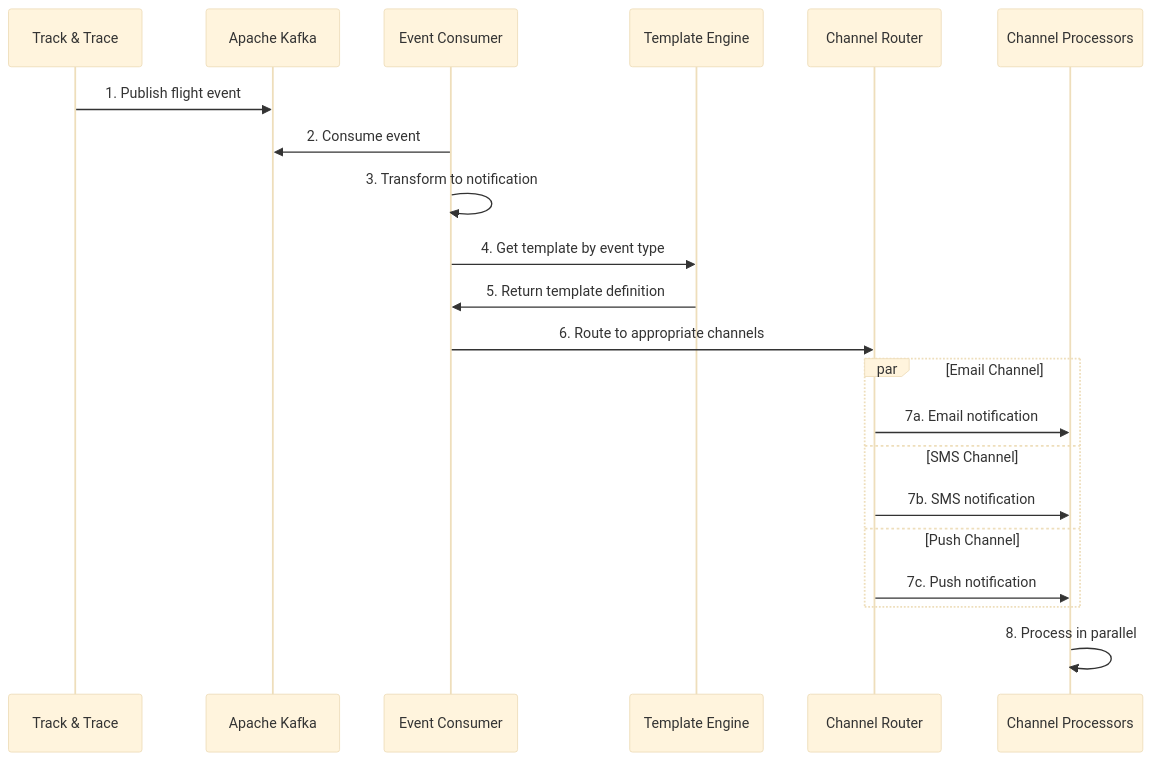
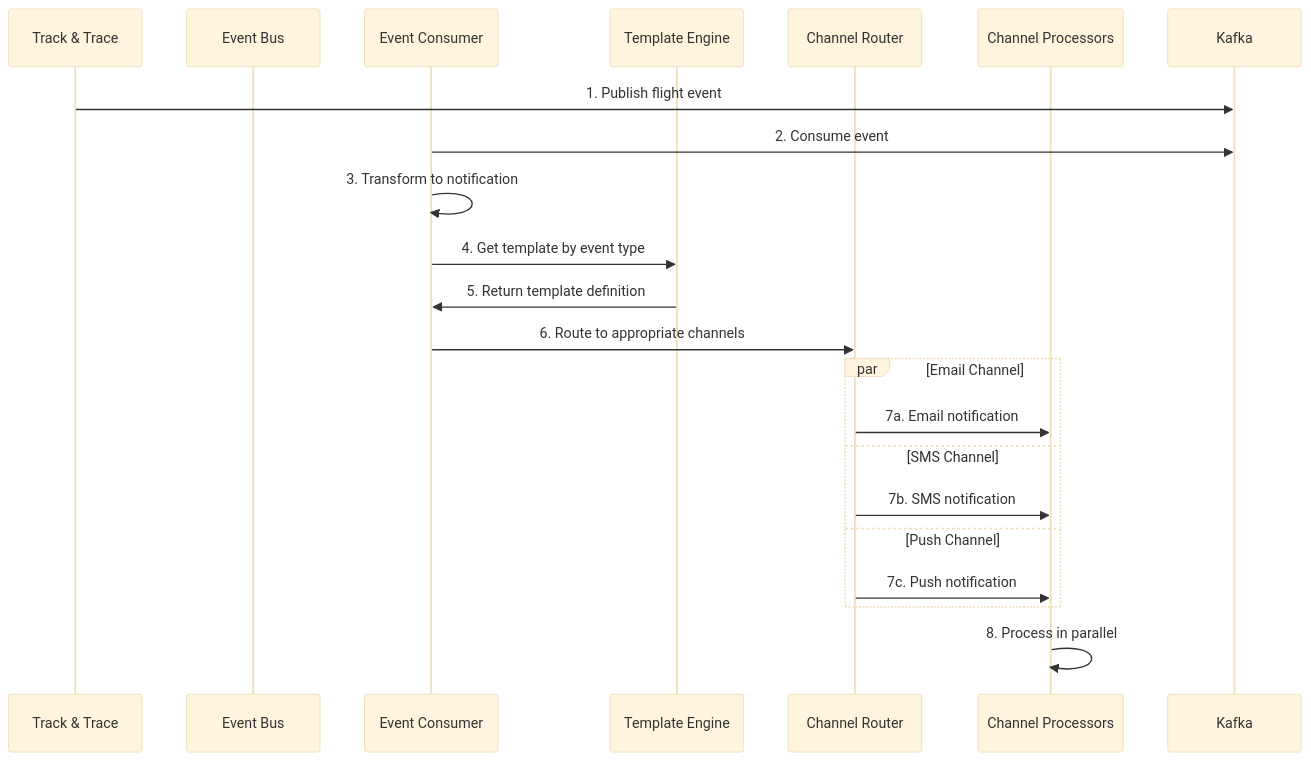
The second of 11 diagrams in docs/servicio-notificacion/06-vista-tiempo-ejecucion.md (jclemente-tlm/tlm-arq-servicios-corporativos), drawn with Mermaid (base theme) before and after one commit. The commit also changed other lines of this file and 24 other files, not shown here.

````diff
--- a/docs/servicio-notificacion/06-vista-tiempo-ejecucion.md
+++ b/docs/servicio-notificacion/06-vista-tiempo-ejecucion.md
@@ -77,26 +77,26 @@
 ```mermaid
 sequenceDiagram
     participant TrackTrace as Track & Trace
-    participant Kafka as Apache Kafka
+    participant EventBus as Event Bus
     participant EventConsumer as Event Consumer
     participant TemplateEngine as Template Engine
     participant ChannelRouter as Channel Router
     participant Processors as Channel Processors
 
     TrackTrace->>Kafka: 1. Publish flight event
     EventConsumer->>Kafka: 2. Consume event
     EventConsumer->>EventConsumer: 3. Transform to notification
     EventConsumer->>TemplateEngine: 4. Get template by event type
     TemplateEngine->>EventConsumer: 5. Return template definition
     EventConsumer->>ChannelRouter: 6. Route to appropriate channels
 
     par Email Channel
         ChannelRouter->>Processors: 7a. Email notification
     and SMS Channel
         ChannelRouter->>Processors: 7b. SMS notification
     and Push Channel
         ChannelRouter->>Processors: 7c. Push notification
     end
 
     Processors->>Processors: 8. Process in parallel
 ```
````
